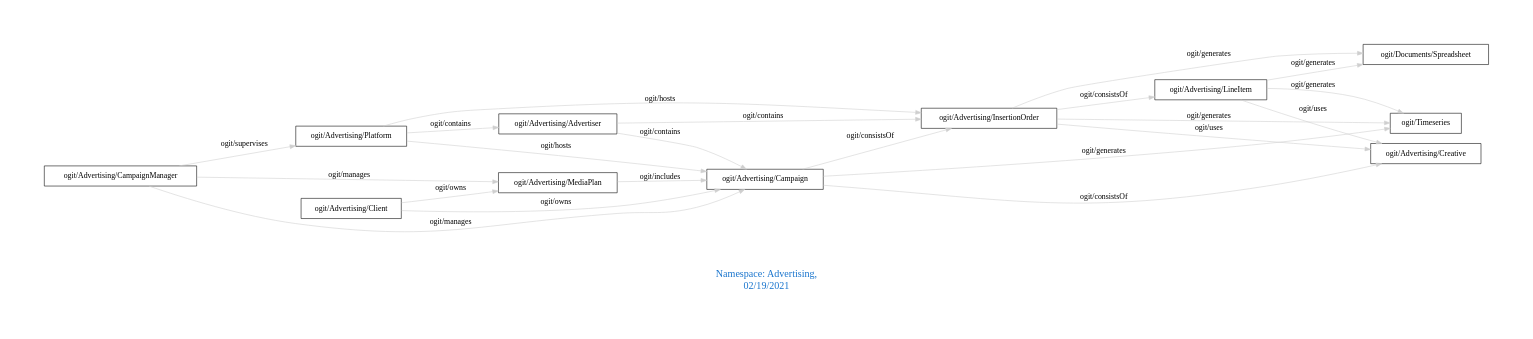
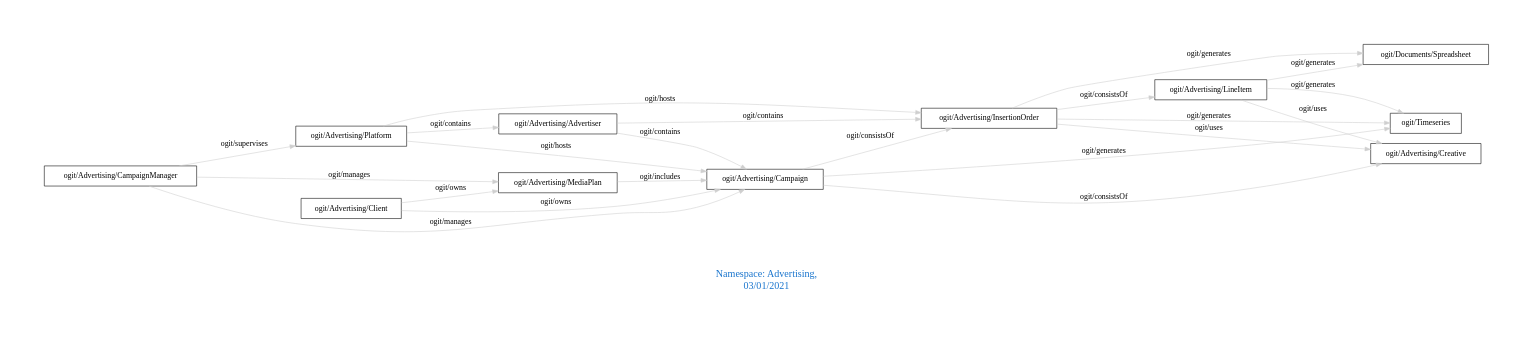
One commit to arago/OGIT changed the diagram in downloads/Advertising.dot. Above: the diagram before and after it, drawn with Graphviz. The commit also changed 1845 other files, not shown here.

```diff
--- a/downloads/Advertising.dot
+++ b/downloads/Advertising.dot
@@ -1,29 +1,29 @@
 digraph OGIT_ontology {
  graph [ rankdir= LR,pad=1 
 fontsize = 18,
-fontcolor= dodgerblue3,label = "\n\n\nNamespace: Advertising, \n 02/19/2021"];
+fontcolor= dodgerblue3,label = "\n\n\nNamespace: Advertising, \n 03/01/2021"];
 node[shape=polygon];
 edge [  color="gray81"];
 
    "ogit/Advertising/Advertiser" -> "ogit/Advertising/Campaign" [label="   ogit/contains    "];
    "ogit/Advertising/Advertiser" -> "ogit/Advertising/InsertionOrder" [label="   ogit/contains    "];
    "ogit/Advertising/Platform" -> "ogit/Advertising/Advertiser" [label="   ogit/contains    "];
    "ogit/Advertising/CampaignManager" -> "ogit/Advertising/MediaPlan" [label="   ogit/manages    "];
    "ogit/Advertising/CampaignManager" -> "ogit/Advertising/Campaign" [label="   ogit/manages    "];
    "ogit/Advertising/Platform" -> "ogit/Advertising/Campaign" [label="   ogit/hosts    "];
    "ogit/Advertising/Platform" -> "ogit/Advertising/InsertionOrder" [label="   ogit/hosts    "];
    "ogit/Advertising/CampaignManager" -> "ogit/Advertising/Platform" [label="   ogit/supervises    "];
    "ogit/Advertising/Campaign" -> "ogit/Timeseries" [label="   ogit/generates    "];
    "ogit/Advertising/InsertionOrder" -> "ogit/Timeseries" [label="   ogit/generates    "];
    "ogit/Advertising/InsertionOrder" -> "ogit/Documents/Spreadsheet" [label="   ogit/generates    "];
    "ogit/Advertising/LineItem" -> "ogit/Timeseries" [label="   ogit/generates    "];
    "ogit/Advertising/LineItem" -> "ogit/Documents/Spreadsheet" [label="   ogit/generates    "];
    "ogit/Advertising/MediaPlan" -> "ogit/Advertising/Campaign" [label="   ogit/includes    "];
    "ogit/Advertising/Client" -> "ogit/Advertising/MediaPlan" [label="   ogit/owns    "];
    "ogit/Advertising/Client" -> "ogit/Advertising/Campaign" [label="   ogit/owns    "];
    "ogit/Advertising/InsertionOrder" -> "ogit/Advertising/Creative" [label="   ogit/uses    "];
    "ogit/Advertising/LineItem" -> "ogit/Advertising/Creative" [label="   ogit/uses    "];
    "ogit/Advertising/Campaign" -> "ogit/Advertising/InsertionOrder" [label="   ogit/consistsOf    "];
    "ogit/Advertising/Campaign" -> "ogit/Advertising/Creative" [label="   ogit/consistsOf    "];
    "ogit/Advertising/InsertionOrder" -> "ogit/Advertising/LineItem" [label="   ogit/consistsOf    "];
 }
```
